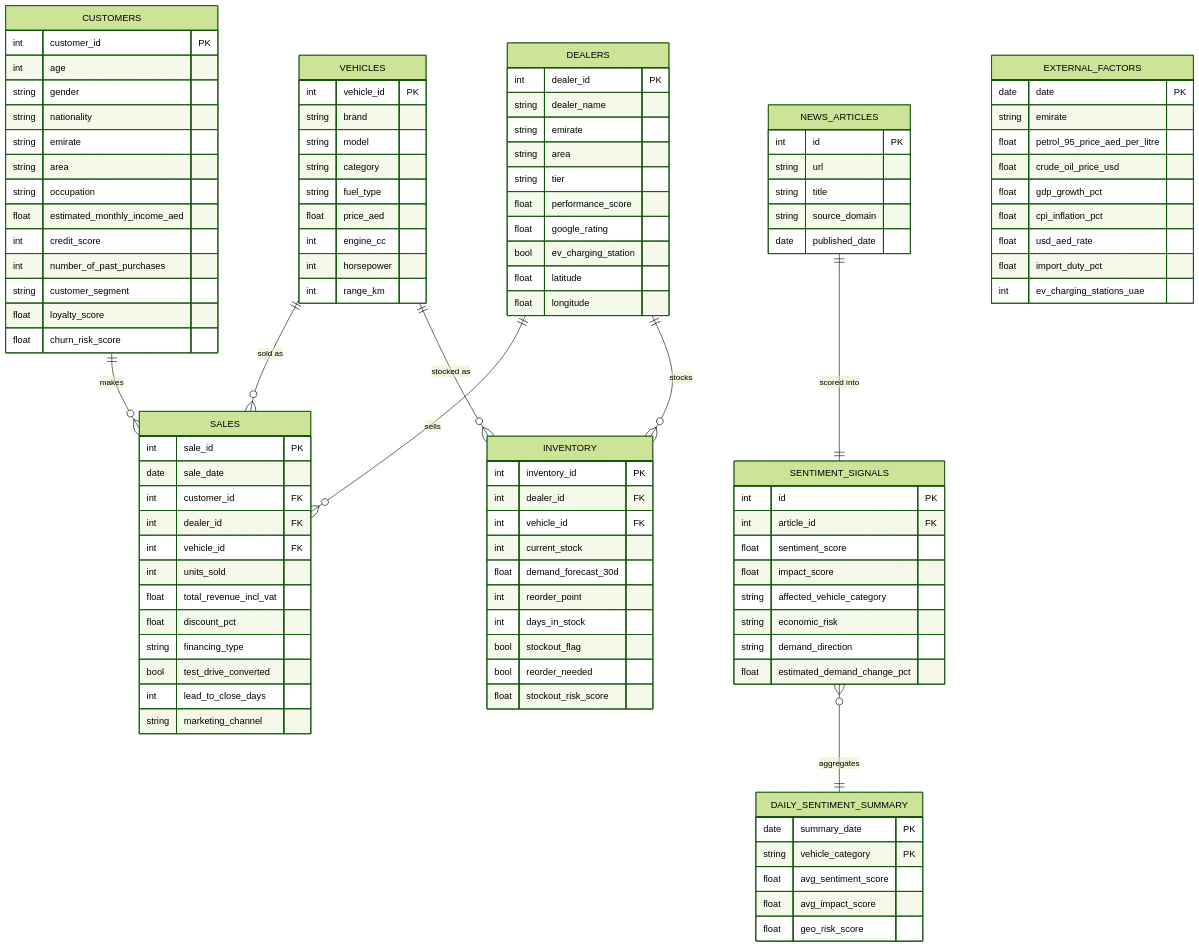
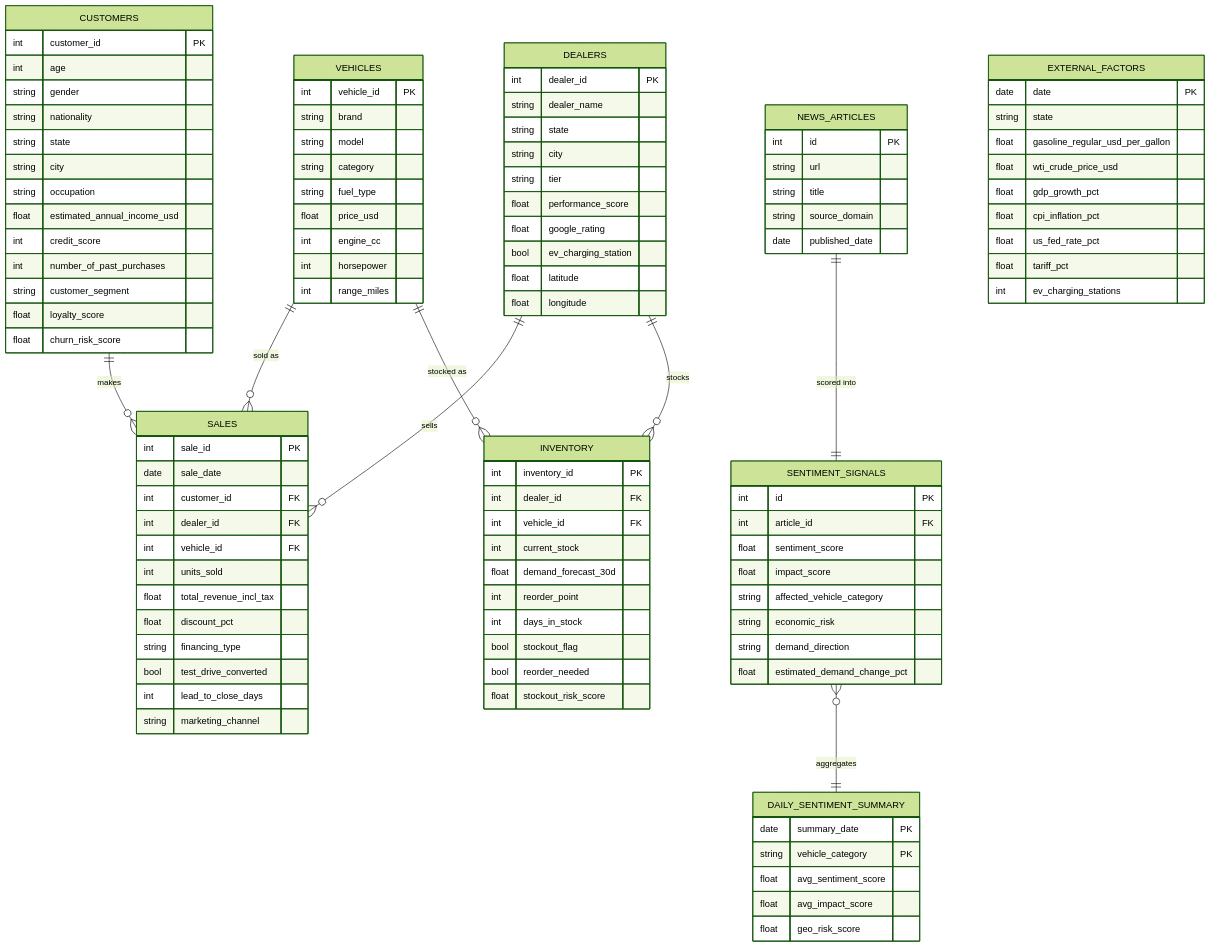
Before and after one commit to pushpalhedau/Demand-Prediction: the second of 6 diagrams in TECHNICAL_DOCUMENTATION.md, drawn with Mermaid (forest theme). The commit also changed other lines of this file and 69 other files, not shown here.

```diff
--- a/TECHNICAL_DOCUMENTATION.md
+++ b/TECHNICAL_DOCUMENTATION.md
@@ -218,10 +218,10 @@
         int age
         string gender
         string nationality
-        string emirate
-        string area
+        string state
+        string city
         string occupation
-        float estimated_monthly_income_aed
+        float estimated_annual_income_usd
         int credit_score
         int number_of_past_purchases
         string customer_segment
@@ -234,16 +234,16 @@
         string model
         string category
         string fuel_type
-        float price_aed
+        float price_usd
         int engine_cc
         int horsepower
-        int range_km
+        int range_miles
     }
     DEALERS {
         int dealer_id PK
         string dealer_name
-        string emirate
-        string area
+        string state
+        string city
         string tier
         float performance_score
         float google_rating
@@ -258,7 +258,7 @@
         int dealer_id FK
         int vehicle_id FK
         int units_sold
-        float total_revenue_incl_vat
+        float total_revenue_incl_tax
         float discount_pct
         string financing_type
         bool test_drive_converted
@@ -279,14 +279,14 @@
     }
     EXTERNAL_FACTORS {
         date date PK
-        string emirate
-        float petrol_95_price_aed_per_litre
-        float crude_oil_price_usd
+        string state
+        float gasoline_regular_usd_per_gallon
+        float wti_crude_price_usd
         float gdp_growth_pct
         float cpi_inflation_pct
-        float usd_aed_rate
-        float import_duty_pct
-        int ev_charging_stations_uae
+        float us_fed_rate_pct
+        float tariff_pct
+        int ev_charging_stations
     }
     NEWS_ARTICLES {
         int id PK
```
